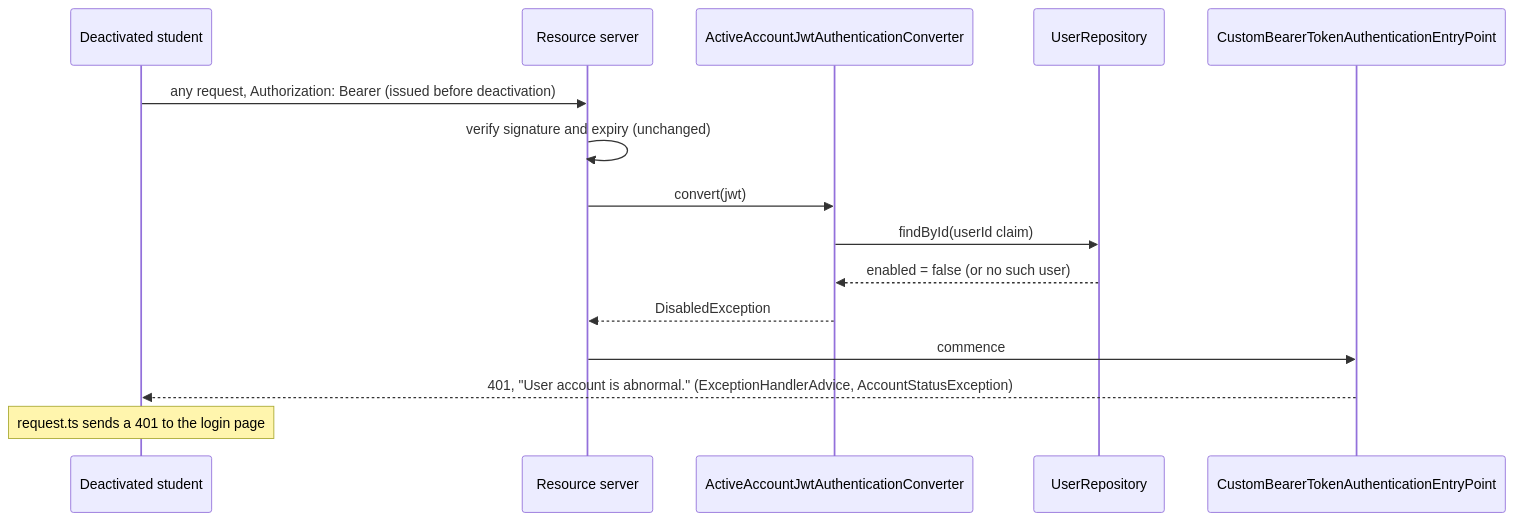
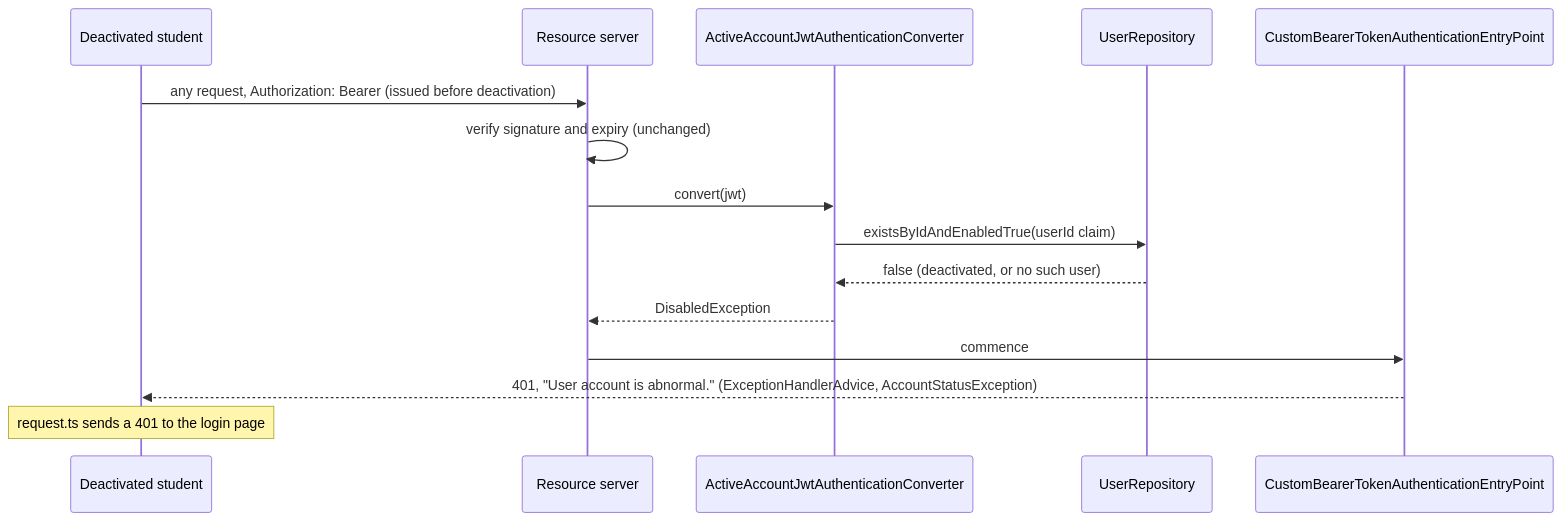
The third of 4 diagrams in docs/design/stu.md (richkenzie/add-a-use-case), drawn with Mermaid before and after one commit. The commit also changed other lines of this file and 5 other files, not shown here.

````diff
--- a/docs/design/stu.md
+++ b/docs/design/stu.md
@@ -153,17 +153,17 @@
 ```mermaid
 sequenceDiagram
     participant St as Deactivated student
     participant RS as Resource server
     participant CV as ActiveAccountJwtAuthenticationConverter
     participant U as UserRepository
     participant EP as CustomBearerTokenAuthenticationEntryPoint
     St->>RS: any request, Authorization: Bearer (issued before deactivation)
     RS->>RS: verify signature and expiry (unchanged)
     RS->>CV: convert(jwt)
-    CV->>U: findById(userId claim)
-    U-->>CV: enabled = false (or no such user)
+    CV->>U: existsByIdAndEnabledTrue(userId claim)
+    U-->>CV: false (deactivated, or no such user)
     CV-->>RS: DisabledException
     RS->>EP: commence
     EP-->>St: 401, "User account is abnormal." (ExceptionHandlerAdvice, AccountStatusException)
     Note over St: request.ts sends a 401 to the login page
 ```
````
